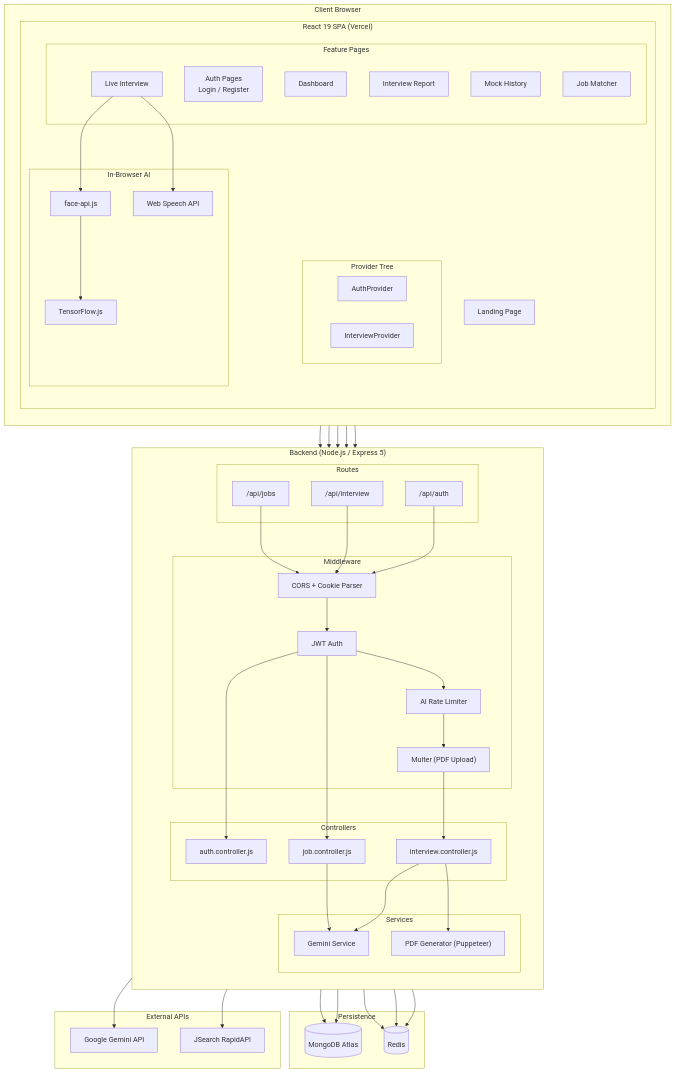
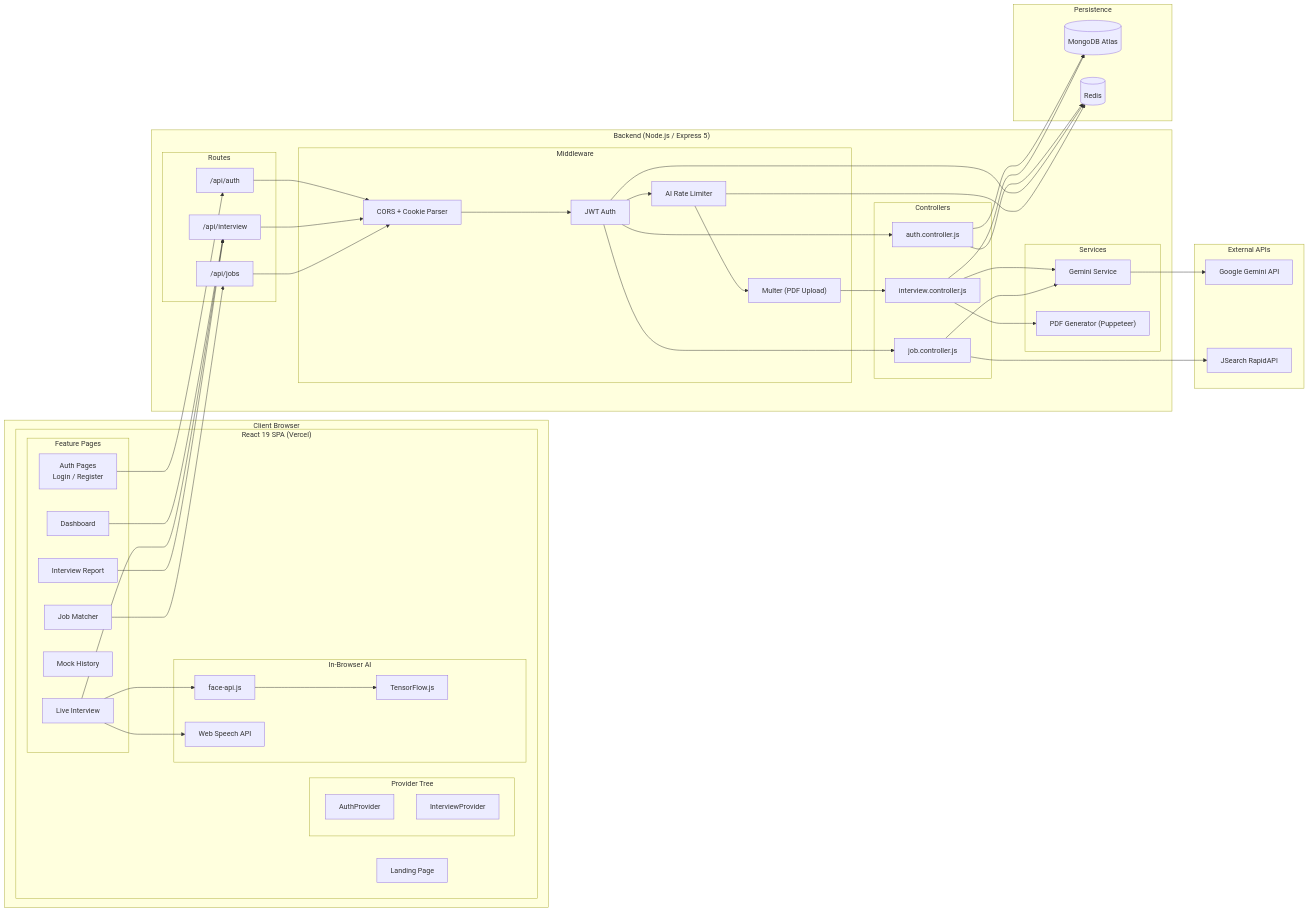
The first of 18 diagrams in README.md (harshitzofficial/-HirePrep-AI), drawn with Mermaid before and after one commit.

````diff
--- a/README.md
+++ b/README.md
@@ -195,13 +195,10 @@
 ```mermaid
-flowchart TB
+flowchart LR
 
 %% ===================== FRONTEND =====================
 subgraph CLIENT["Client Browser"]
-    direction TB
-
     subgraph REACT["React 19 SPA (Vercel)"]
-        direction TB
-
+        
         LP["Landing Page"]
 
         subgraph PROVIDERS["Provider Tree"]
@@ -228,8 +225,7 @@
 
 %% ===================== BACKEND =====================
 subgraph BACKEND["Backend (Node.js / Express 5)"]
-    direction TB
-
+    
     subgraph ROUTES["Routes"]
         AR["/api/auth"]
         IR["/api/interview"]
````
